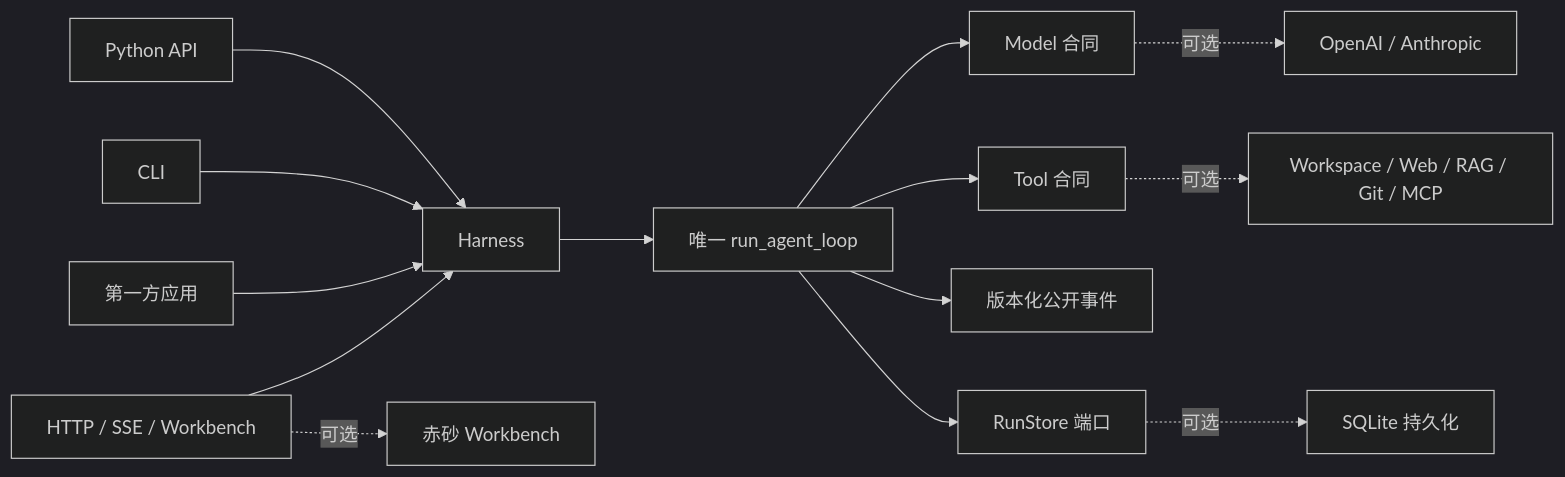
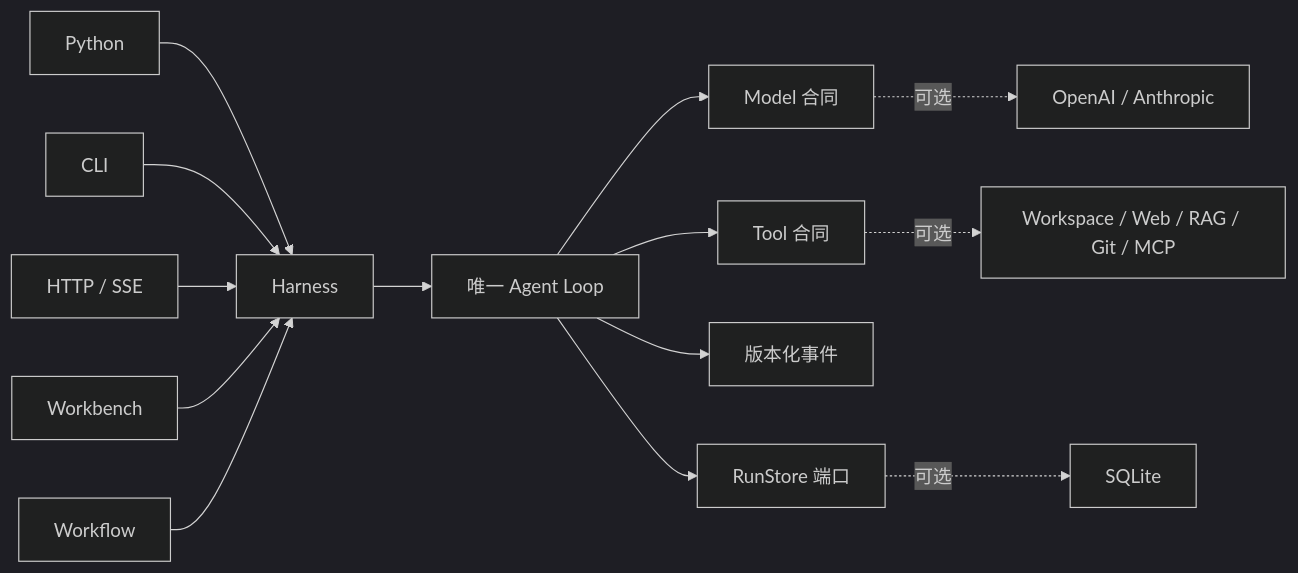
Before and after one commit to syusama/sasori: the diagram in README_zh.md, drawn with Mermaid (dark theme). The commit also changed other lines of this file and 28 other files, not shown here.

````diff
--- a/README_zh.md
+++ b/README_zh.md
@@ -156,16 +115,16 @@
 ```mermaid
 flowchart LR
-    PY["Python API"] --> H["Harness"]
+    PY["Python"] --> H["Harness"]
     CLI["CLI"] --> H
-    APP["第一方应用"] --> H
-    WEB["HTTP / SSE / Workbench"] --> H
-    H --> LOOP["唯一 run_agent_loop"]
+    HTTP["HTTP / SSE"] --> H
+    UI["Workbench"] --> H
+    WF["Workflow"] --> H
+    H --> LOOP["唯一 Agent Loop"]
     LOOP --> MODEL["Model 合同"]
     LOOP --> TOOL["Tool 合同"]
-    LOOP --> EVENT["版本化公开事件"]
+    LOOP --> EVENT["版本化事件"]
     LOOP --> STORE["RunStore 端口"]
     MODEL -. 可选 .-> PROVIDERS["OpenAI / Anthropic"]
     TOOL -. 可选 .-> PLUGINS["Workspace / Web / RAG / Git / MCP"]
-    STORE -. 可选 .-> SQLITE["SQLite 持久化"]
-    WEB -. 可选 .-> PRODUCT["赤砂 Workbench"]
+    STORE -. 可选 .-> SQLITE["SQLite"]
 ```
````
